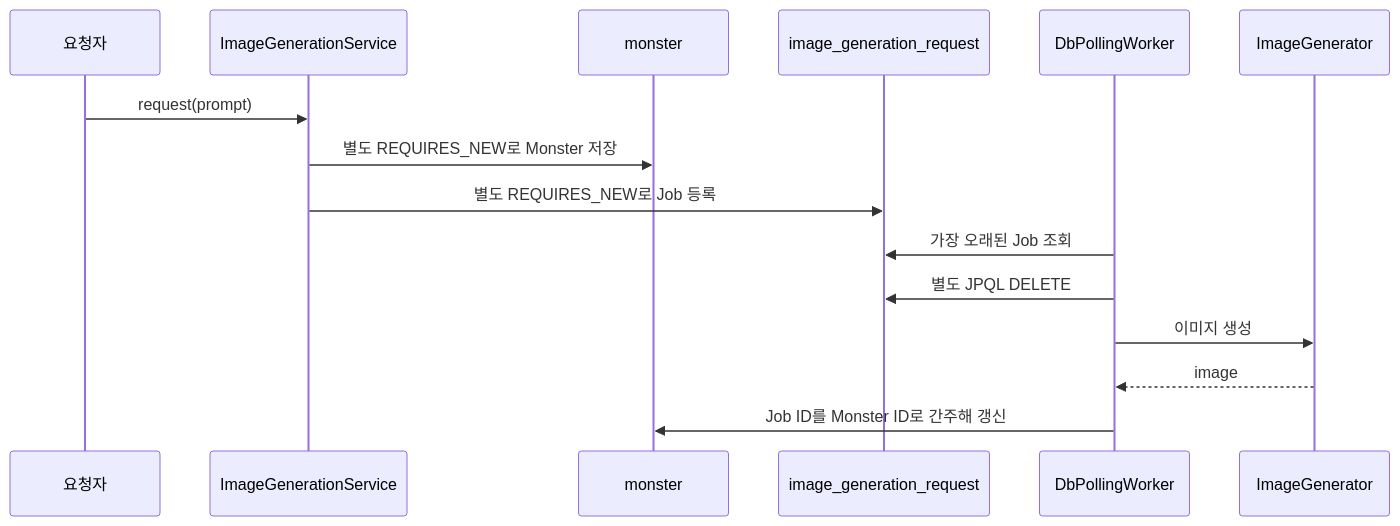
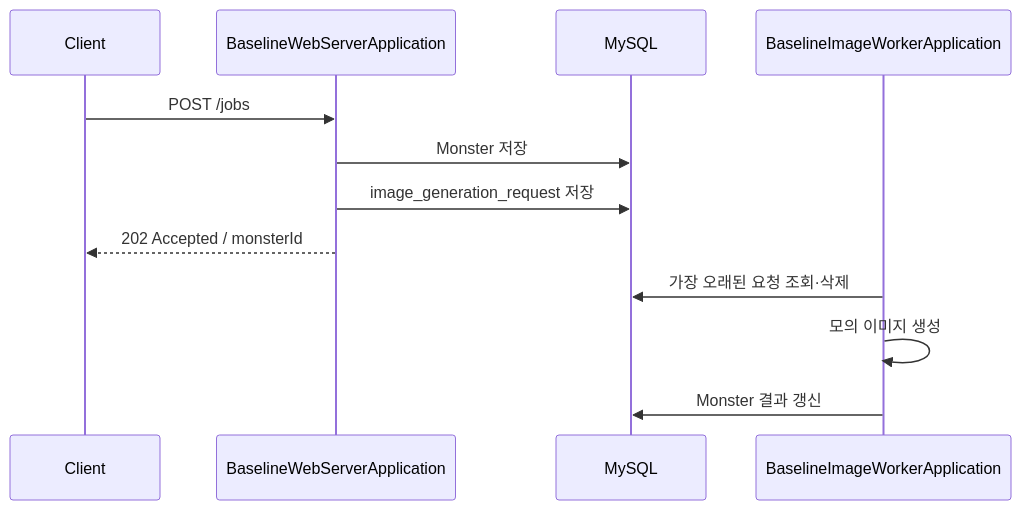
The diagram in technical-writing/02-minimal-db-polling/README.md (kangrae-jo/woowa-archive), drawn with Mermaid before and after one commit. The commit also changed other lines of this file and 4 other files, not shown here.

````diff
--- a/technical-writing/02-minimal-db-polling/README.md
+++ b/technical-writing/02-minimal-db-polling/README.md
@@ -24,18 +11,15 @@
 ```mermaid
 sequenceDiagram
-    participant C as 요청자
-    participant S as ImageGenerationService
-    participant M as monster
-    participant J as image_generation_request
-    participant W as DbPollingWorker
-    participant G as ImageGenerator
+    participant C as Client
+    participant W as BaselineWebServerApplication
+    participant DB as MySQL
+    participant I as BaselineImageWorkerApplication
 
-    C->>S: request(prompt)
-    S->>M: 별도 REQUIRES_NEW로 Monster 저장
-    S->>J: 별도 REQUIRES_NEW로 Job 등록
-    W->>J: 가장 오래된 Job 조회
-    W->>J: 별도 JPQL DELETE
-    W->>G: 이미지 생성
-    G-->>W: image
-    W->>M: Job ID를 Monster ID로 간주해 갱신
+    C->>W: POST /jobs
+    W->>DB: Monster 저장
+    W->>DB: image_generation_request 저장
+    W-->>C: 202 Accepted / monsterId
+    I->>DB: 가장 오래된 요청 조회·삭제
+    I->>I: 모의 이미지 생성
+    I->>DB: Monster 결과 갱신
 ```
````
